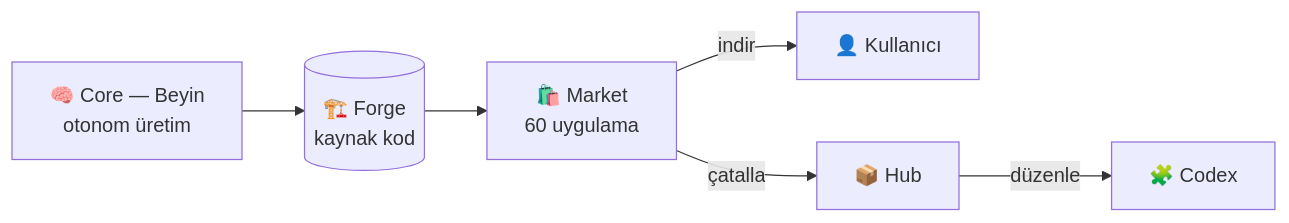
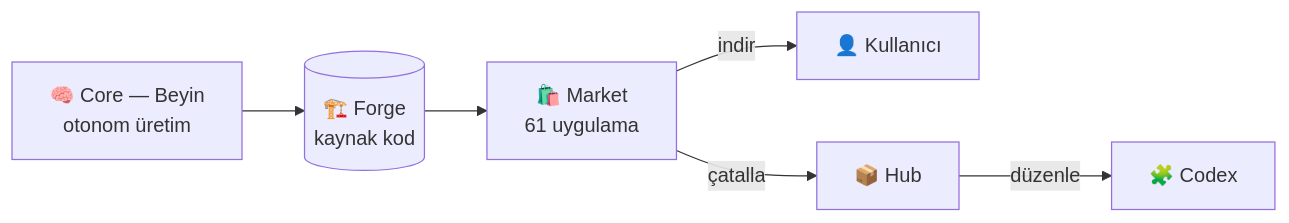
One commit to numexai/numex-market changed the diagram in README.md. Above: the diagram before and after it, drawn with Mermaid. The commit also changed other lines of this file and 8 other files, not shown here.

````diff
--- a/README.md
+++ b/README.md
@@ -85,8 +85,8 @@
 ```mermaid
 flowchart LR
   CORE[🧠 Core — Beyin<br/>otonom üretim] --> FORGE[(🏗️ Forge<br/>kaynak kod)]
-  FORGE --> MARKET[🛍️ Market<br/>60 uygulama]
+  FORGE --> MARKET[🛍️ Market<br/>61 uygulama]
   MARKET -->|indir| USER[👤 Kullanıcı]
   MARKET -->|çatalla| HUB[📦 Hub]
   HUB -->|düzenle| CODEX[🧩 Codex]
 ```
````
